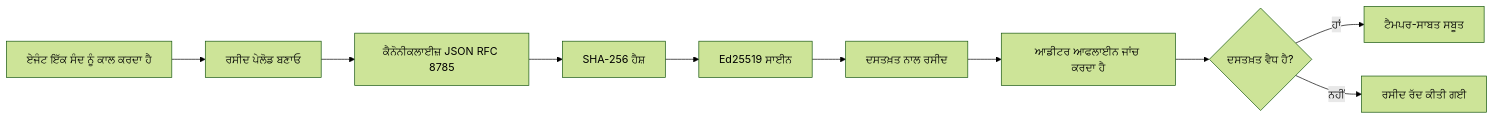
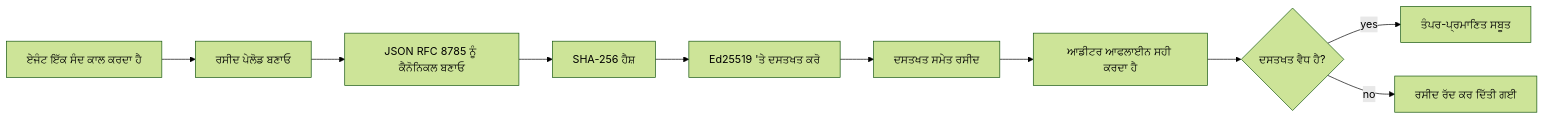
The first of 2 diagrams in mirrors/repos/microsoft@ai-agents-for-beginners/translations/pa/18-securing-ai-agents/README.md (gabrielmoreira/agent-skills-mirror), drawn with Mermaid (forest theme) before and after one commit. The commit also changed other lines of this file and 8886 other files, not shown here.

````diff
--- a/mirrors/repos/microsoft@ai-agents-for-beginners/translations/pa/18-securing-ai-agents/README.md
+++ b/mirrors/repos/microsoft@ai-agents-for-beginners/translations/pa/18-securing-ai-agents/README.md
@@ -51,12 +51,12 @@
 ```mermaid
 flowchart LR
-    A[ਏਜੰਟ ਇੱਕ ਸੰਦ ਨੂੰ ਕਾਲ ਕਰਦਾ ਹੈ] --> B[ਰਸੀਦ ਪੇਲੋਡ ਬਣਾਓ]
-    B --> C[ਕੈਨੋਨੀਕਲਾਈਜ਼ JSON RFC 8785]
+    A[ਏਜੰਟ ਇੱਕ ਸੰਦ ਕਾਲ ਕਰਦਾ ਹੈ] --> B[ਰਸੀਦ ਪੇਲੋਡ ਬਣਾਓ]
+    B --> C[JSON RFC 8785 ਨੂੰ ਕੈਨੋਨਿਕਲ ਬਣਾਓ]
     C --> D[SHA-256 ਹੈਸ਼]
-    D --> E[Ed25519 ਸਾਈਨ]
-    E --> F[ਦਸਤਖ਼ਤ ਨਾਲ ਰਸੀਦ]
-    F --> G[ਆਡੀਟਰ ਆਫਲਾਈਨ ਜਾਂਚ ਕਰਦਾ ਹੈ]
-    G --> H{ਦਸਤਖ਼ਤ ਵੈਧ ਹੈ?}
-    H -- ਹਾਂ --> I[ਟੈਮਪਰ-ਸਾਬਤ ਸਬੂਤ]
-    H -- ਨਹੀਂ --> J[ਰਸੀਦ ਰੱਦ ਕੀਤੀ ਗਈ]
+    D --> E[Ed25519 'ਤੇ ਦਸਤਖਤ ਕਰੋ]
+    E --> F[ਦਸਤਖਤ ਸਮੇਤ ਰਸੀਦ]
+    F --> G[ਆਡੀਟਰ ਆਫਲਾਈਨ ਸਹੀ ਕਰਦਾ ਹੈ]
+    G --> H{ਦਸਤਖਤ ਵੈਧ ਹੈ?}
+    H -- yes --> I[ਤੰਪਰ-ਪ੍ਰਮਾਣਿਤ ਸਬੂਤ]
+    H -- no --> J[ਰਸੀਦ ਰੱਦ ਕਰ ਦਿੱਤੀ ਗਈ]
 ```
````
